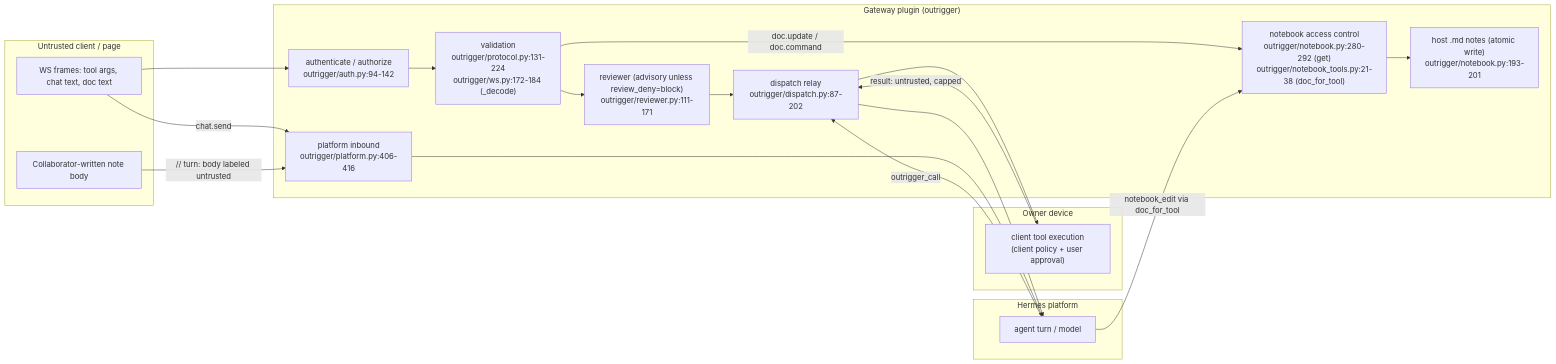
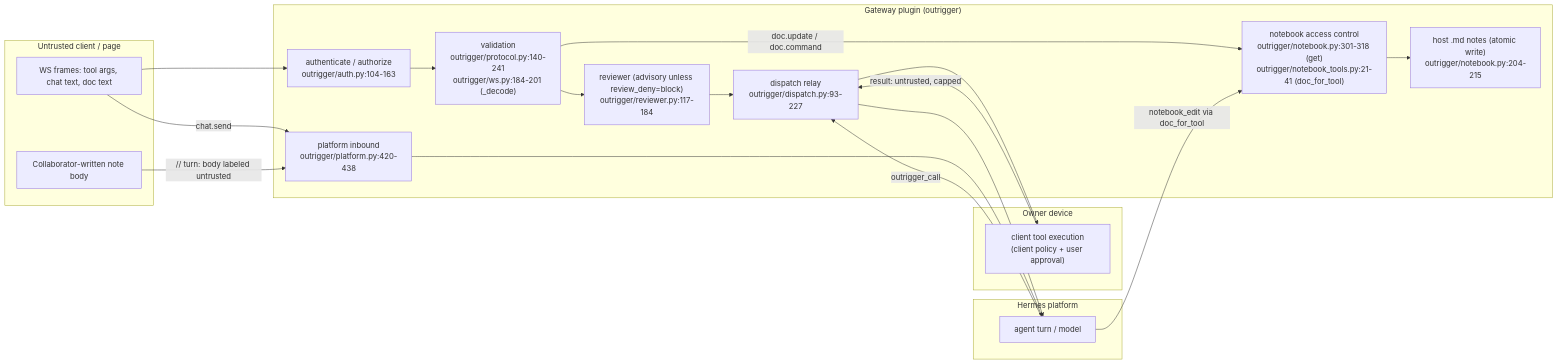
One commit to codepilots/hermes-outrigger changed the first of 6 diagrams in AUDIT.md. Above: the diagram before and after it, drawn with Mermaid. The commit also changed other lines of this file and 16 other files, not shown here.

````diff
--- a/AUDIT.md
+++ b/AUDIT.md
@@ -35,31 +37,31 @@
 ```mermaid
 flowchart LR
   subgraph untrusted["Untrusted client / page"]
     F["WS frames: tool args, chat text, doc text"]
     N["Collaborator-written note body"]
   end
   subgraph gateway["Gateway plugin (outrigger)"]
-    A["authenticate / authorize<br/>outrigger/auth.py:94-142"]
-    V["validation<br/>outrigger/protocol.py:131-224<br/>outrigger/ws.py:172-184 (_decode)"]
-    R["reviewer (advisory unless review_deny=block)<br/>outrigger/reviewer.py:111-171"]
-    D["dispatch relay<br/>outrigger/dispatch.py:87-202"]
-    NB["notebook access control<br/>outrigger/notebook.py:280-292 (get)<br/>outrigger/notebook_tools.py:21-38 (doc_for_tool)"]
-    P["platform inbound<br/>outrigger/platform.py:406-416"]
-    NF["host .md notes (atomic write)<br/>outrigger/notebook.py:193-201"]
+    A["authenticate / authorize<br/>outrigger/auth.py:104-163"]
+    V["validation<br/>outrigger/protocol.py:140-241<br/>outrigger/ws.py:184-201 (_decode)"]
+    R["reviewer (advisory unless review_deny=block)<br/>outrigger/reviewer.py:117-184"]
+    D["dispatch relay<br/>outrigger/dispatch.py:93-227"]
+    NB["notebook access control<br/>outrigger/notebook.py:301-318 (get)<br/>outrigger/notebook_tools.py:21-41 (doc_for_tool)"]
+    P["platform inbound<br/>outrigger/platform.py:420-438"]
+    NF["host .md notes (atomic write)<br/>outrigger/notebook.py:204-215"]
   end
   subgraph owner["Owner device"]
     T["client tool execution<br/>(client policy + user approval)"]
   end
   subgraph hermes["Hermes platform"]
     H["agent turn / model"]
   end
   F --> A --> V
   V --> R --> D --> T
   T -->|"result: untrusted, capped"| D --> H
   F -->|"chat.send"| P --> H
   N -->|"// turn: body labeled untrusted"| P
   V -->|"doc.update / doc.command"| NB
   H -->|"outrigger_call"| D
   H -->|"notebook_edit via doc_for_tool"| NB
   NB --> NF
 ```
````
